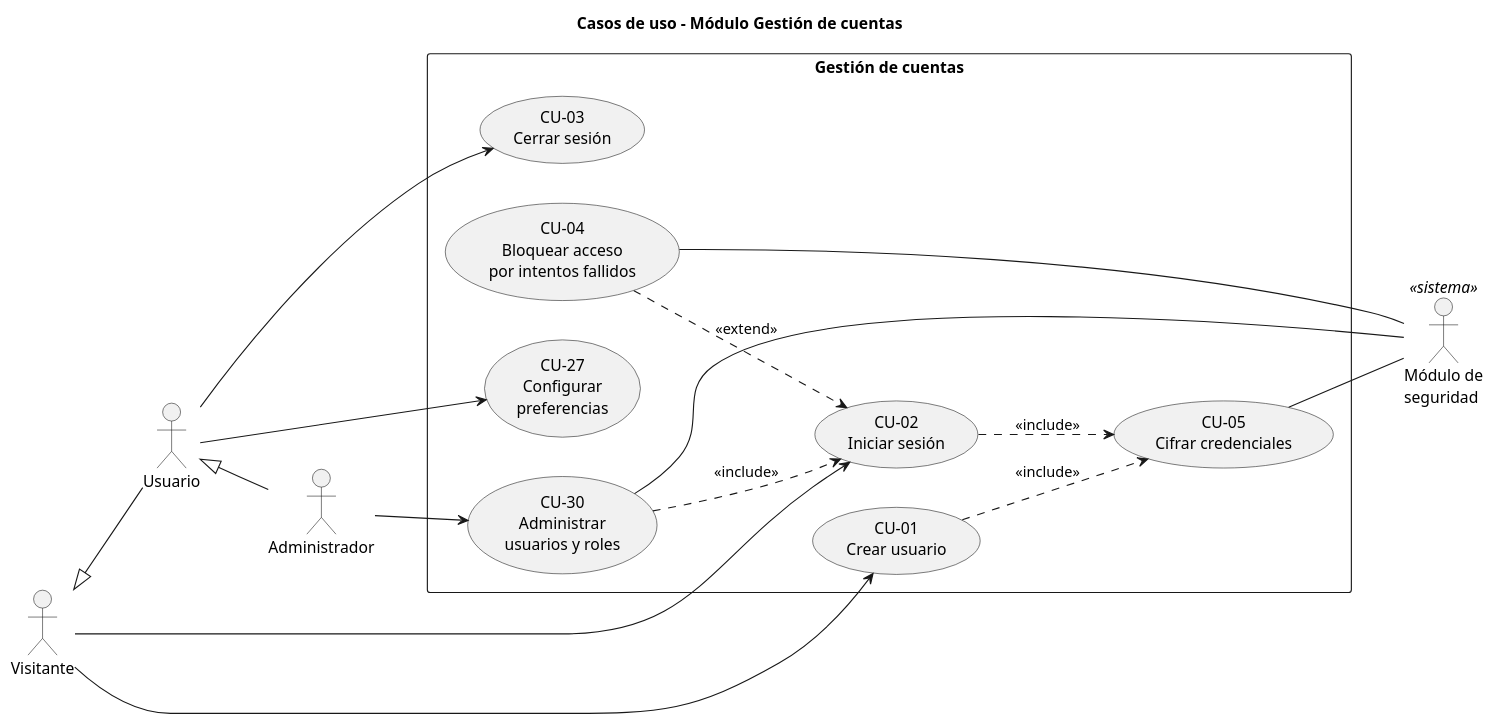
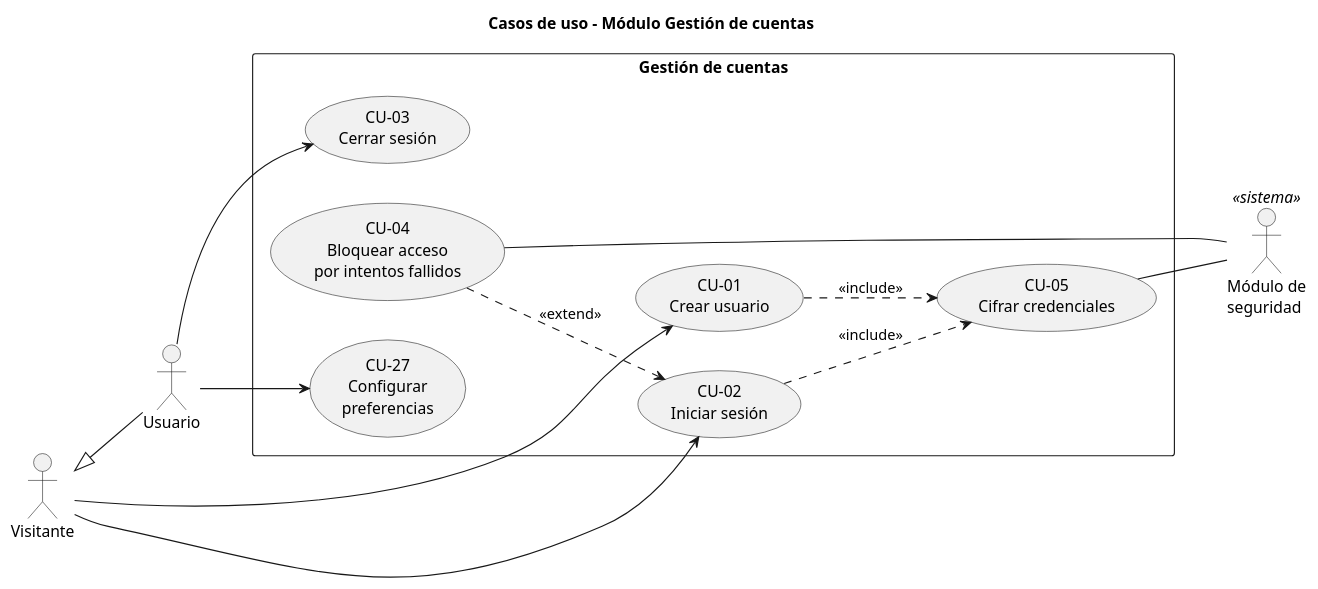
One commit to TruTruMaster/NOM-COLAB changed the diagram in 4-CODIGO/diagramas/src/08-cu-cuentas.puml. Above: the diagram before and after it, drawn with PlantUML. The commit also changed 105 other files, not shown here.

First line of the commit message:
Sin administrador general, seguridad con roles en la base y servidor propio

```diff
--- a/4-CODIGO/diagramas/src/08-cu-cuentas.puml
+++ b/4-CODIGO/diagramas/src/08-cu-cuentas.puml
@@ -1,35 +1,29 @@
 @startuml 08-cu-cuentas
 title Casos de uso - Módulo Gestión de cuentas
 skinparam shadowing false
 left to right direction
 
 actor "Visitante" as V
 actor "Usuario" as U
-actor "Administrador" as AD
 actor "Módulo de\nseguridad" as S <<sistema>>
 U -up-|> V
-AD -up-|> U
 
 rectangle "Gestión de cuentas" {
   usecase "CU-01\nCrear usuario" as CU01
   usecase "CU-02\nIniciar sesión" as CU02
   usecase "CU-03\nCerrar sesión" as CU03
   usecase "CU-04\nBloquear acceso\npor intentos fallidos" as CU04
   usecase "CU-05\nCifrar credenciales" as CU05
   usecase "CU-27\nConfigurar\npreferencias" as CU27
-  usecase "CU-30\nAdministrar\nusuarios y roles" as CU30
 }
 
 V --> CU01
 V --> CU02
 U --> CU03
 U --> CU27
-AD --> CU30
-CU30 ..> CU02 : <<include>>
 CU01 ..> CU05 : <<include>>
 CU02 ..> CU05 : <<include>>
 CU04 ..> CU02 : <<extend>>
 CU04 -- S
 CU05 -- S
-CU30 -- S
 @enduml
```
